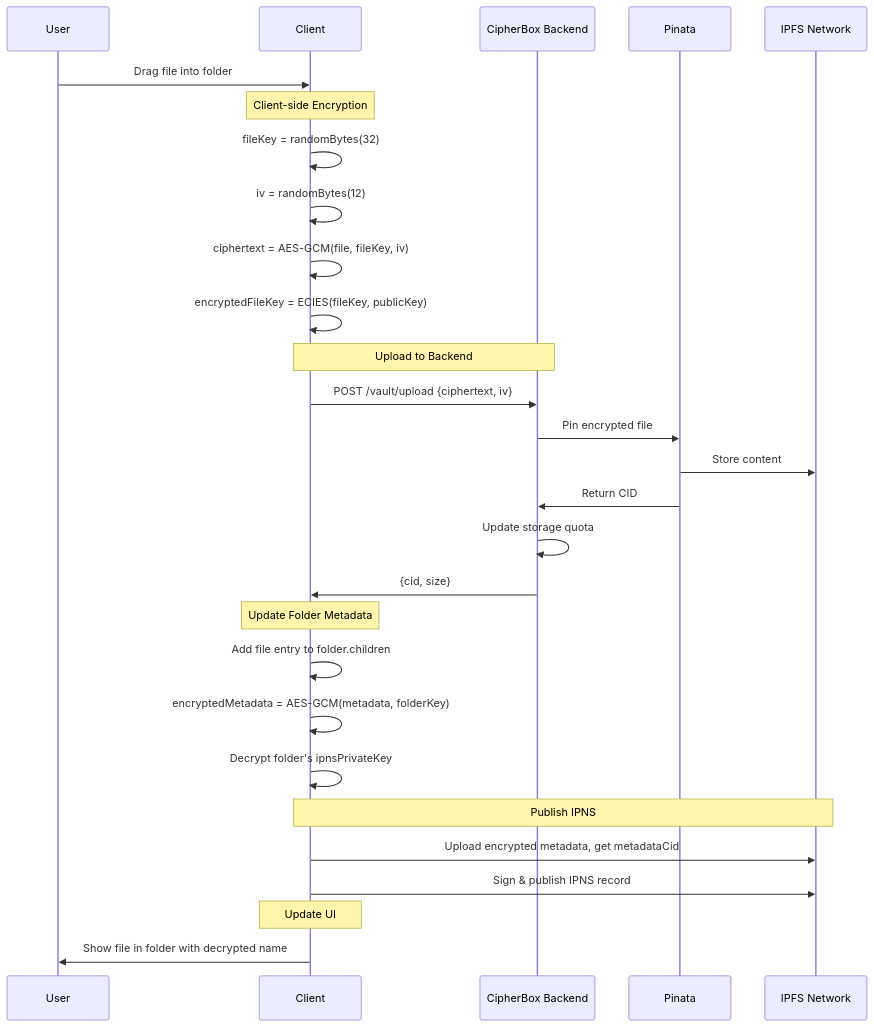
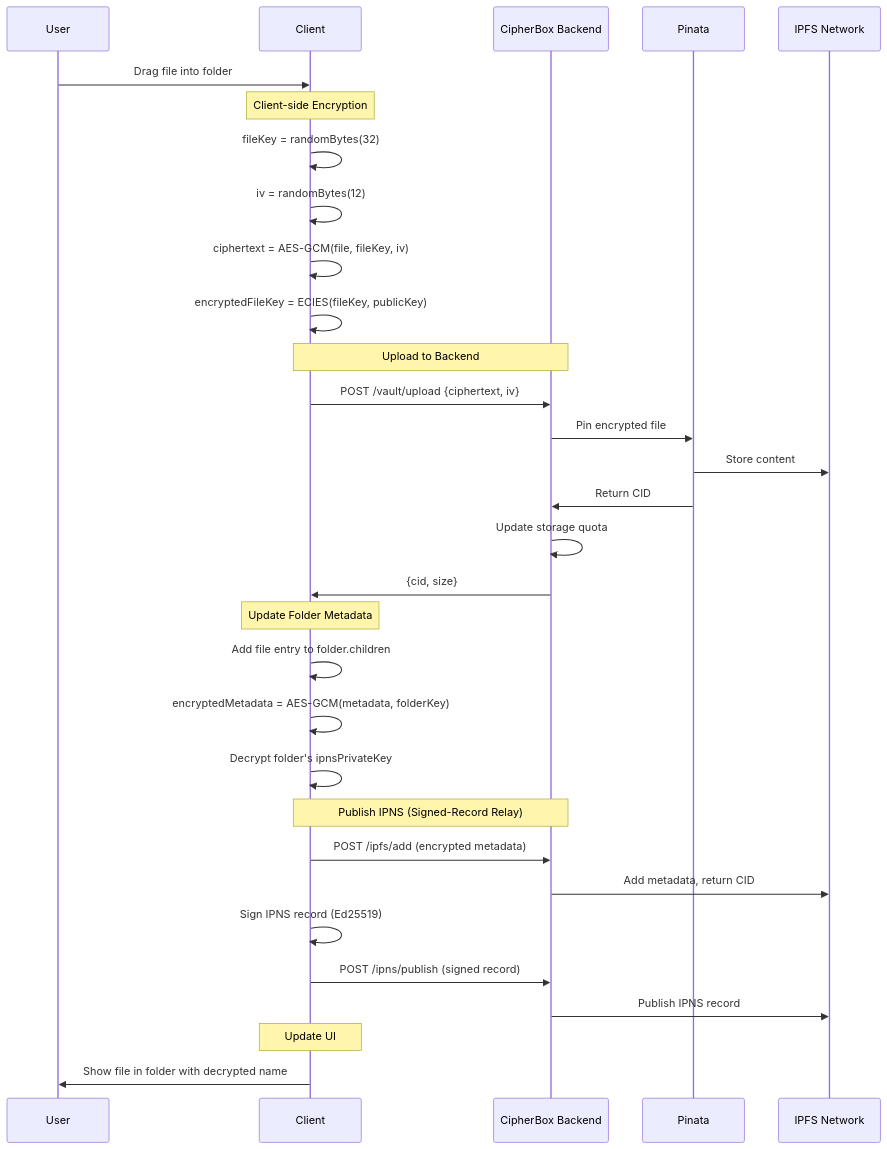
One commit to FSM1/cipher-box changed the fourth of 14 diagrams in Documentation/DATA_FLOWS.md. Above: the diagram before and after it, drawn with Mermaid. The commit also changed other lines of this file and 7 other files, not shown here.

Commit message:
bump version to 1.8.1 and update documentation for IPFS/IPNS relay integration

````diff
--- a/Documentation/DATA_FLOWS.md
+++ b/Documentation/DATA_FLOWS.md
@@ -137,36 +137,39 @@
 ```mermaid
 sequenceDiagram
     participant U as User
     participant C as Client
     participant B as CipherBox Backend
     participant P as Pinata
     participant IPFS as IPFS Network
     
     U->>C: Drag file into folder
     
     Note over C: Client-side Encryption
     C->>C: fileKey = randomBytes(32)
     C->>C: iv = randomBytes(12)
     C->>C: ciphertext = AES-GCM(file, fileKey, iv)
     C->>C: encryptedFileKey = ECIES(fileKey, publicKey)
     
     Note over C,B: Upload to Backend
     C->>B: POST /vault/upload {ciphertext, iv}
     B->>P: Pin encrypted file
     P->>IPFS: Store content
     P->>B: Return CID
     B->>B: Update storage quota
     B->>C: {cid, size}
     
     Note over C: Update Folder Metadata
     C->>C: Add file entry to folder.children
     C->>C: encryptedMetadata = AES-GCM(metadata, folderKey)
     C->>C: Decrypt folder's ipnsPrivateKey
     
-    Note over C,IPFS: Publish IPNS
-    C->>IPFS: Upload encrypted metadata, get metadataCid
-    C->>IPFS: Sign & publish IPNS record
+    Note over C,B: Publish IPNS (Signed-Record Relay)
+    C->>B: POST /ipfs/add (encrypted metadata)
+    B->>IPFS: Add metadata, return CID
+    C->>C: Sign IPNS record (Ed25519)
+    C->>B: POST /ipns/publish (signed record)
+    B->>IPFS: Publish IPNS record
     
     Note over C: Update UI
     C->>U: Show file in folder with decrypted name
 ```
````
